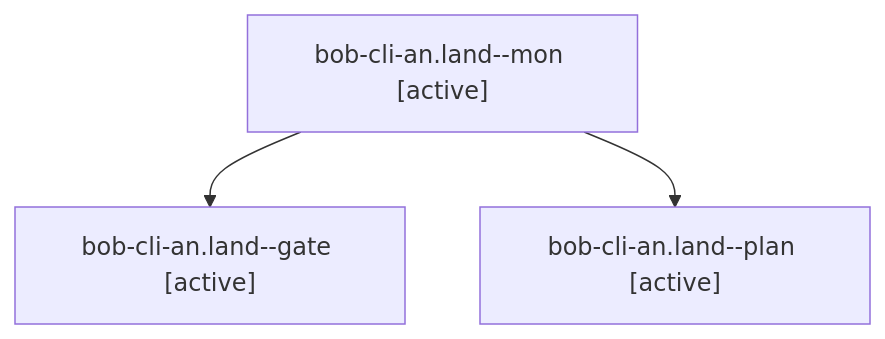
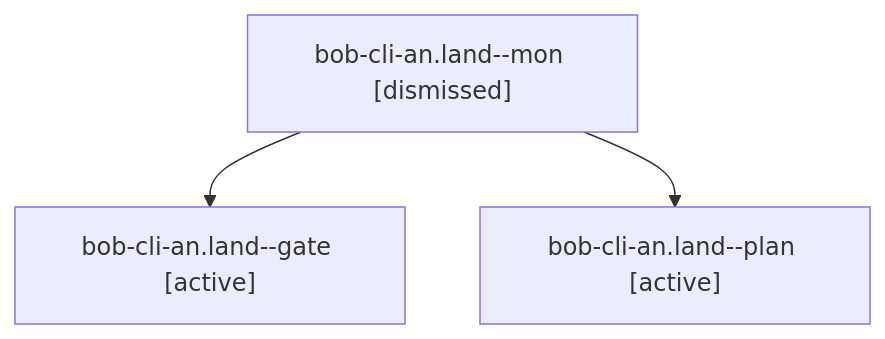
Before and after one commit to bobs-org/bob-cli--agents: the diagram in sessions/bbugyi200.athena.bob-cli-an.land.md, drawn with Mermaid. The commit also changed other lines of this file and 551 other files, not shown here.

````diff
--- a/sessions/bbugyi200.athena.bob-cli-an.land.md
+++ b/sessions/bbugyi200.athena.bob-cli-an.land.md
@@ -9,8 +9,8 @@
 ```mermaid
 flowchart TD
-  n0["bob-cli-an.land--mon [active]"]
+  n0["bob-cli-an.land--mon [dismissed]"]
   n1["bob-cli-an.land--gate [active]"]
   n0 --> n1
   n2["bob-cli-an.land--plan [active]"]
   n0 --> n2
 ```
````
